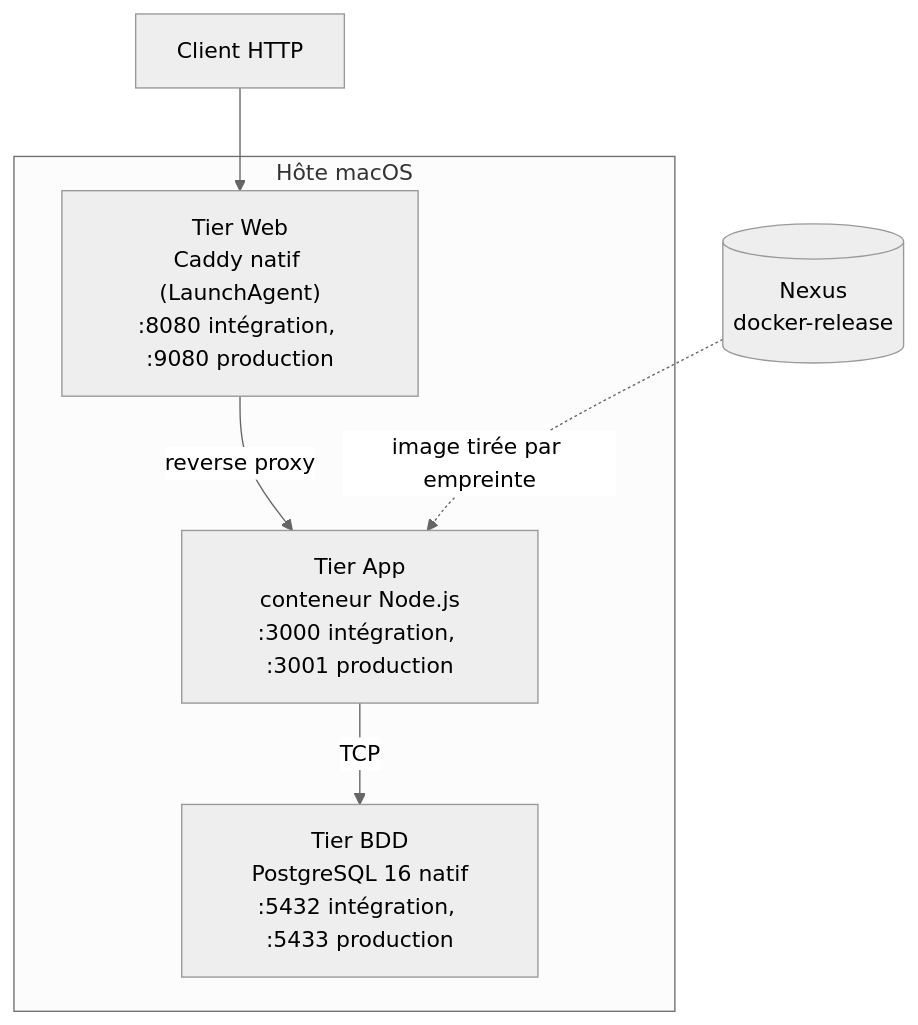
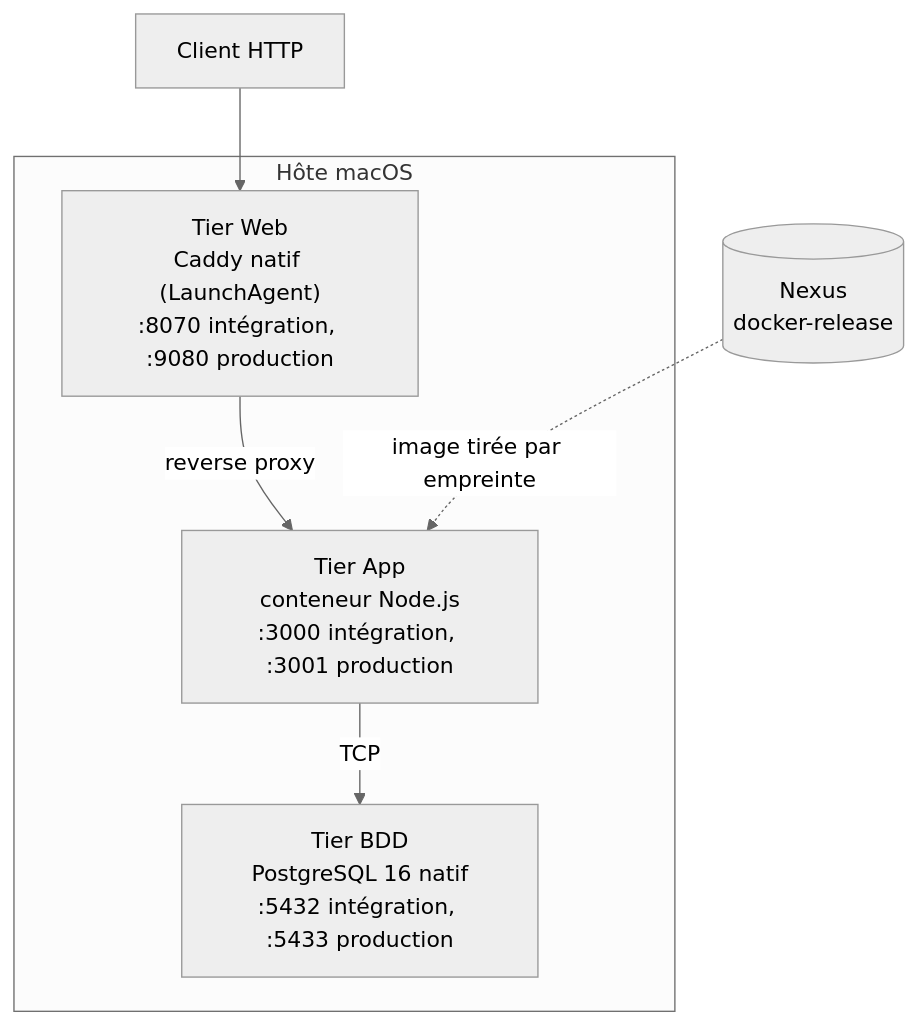
The first of 2 diagrams in Docs/architecture-3tiers.md (logo-solutions/factice), drawn with Mermaid (neutral theme) before and after one commit. The commit also changed other lines of this file and 12 other files, not shown here.

First line of the commit message:
fix: port web d'intégration 8080 -> 8070 (8080 déjà pris sur le Mac Mini)

````diff
--- a/Docs/architecture-3tiers.md
+++ b/Docs/architecture-3tiers.md
@@ -17,12 +17,12 @@
 ```mermaid
 flowchart TD
     C[Client HTTP] --> W
     subgraph hôte [Hôte macOS]
-        W["Tier Web<br/>Caddy natif (LaunchAgent)<br/>:8080 intégration, :9080 production"]
+        W["Tier Web<br/>Caddy natif (LaunchAgent)<br/>:8070 intégration, :9080 production"]
         A["Tier App<br/>conteneur Node.js<br/>:3000 intégration, :3001 production"]
         D["Tier BDD<br/>PostgreSQL 16 natif<br/>:5432 intégration, :5433 production"]
         W -->|reverse proxy| A
         A -->|TCP| D
     end
     N[(Nexus<br/>docker-release)] -.->|image tirée par empreinte| A
 ```
````
